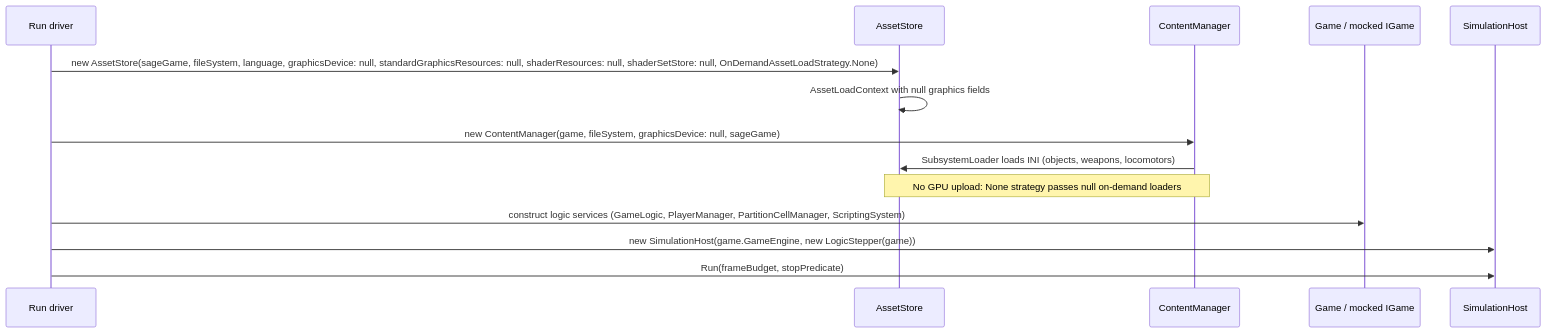
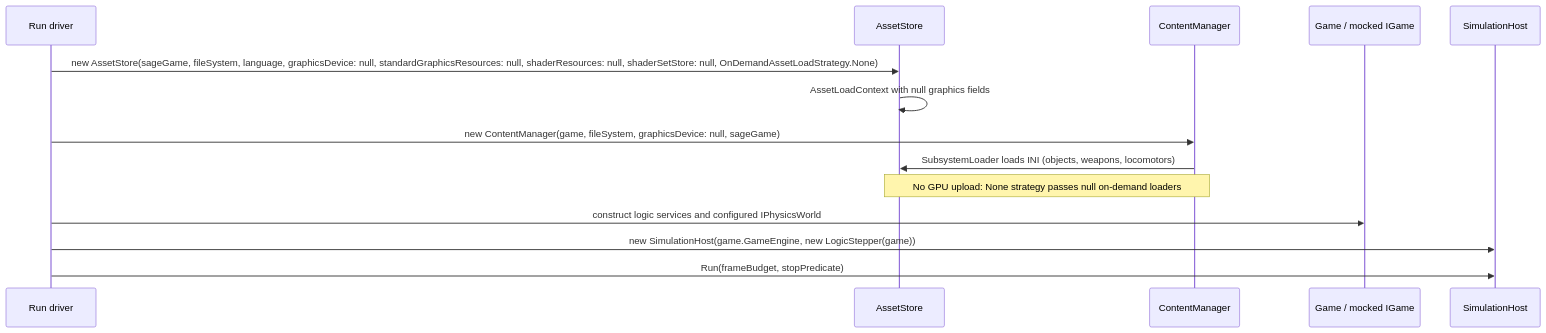
One commit to rmessinger/Panopticon changed the third of 3 diagrams in docs/roadmap/deep-dives/a1-headless-host.md. Above: the diagram before and after it, drawn with Mermaid. The commit also changed other lines of this file and 15 other files, not shown here.

First line of the commit message:
docs: expand Bepu object physics roadmap

````diff
--- a/docs/roadmap/deep-dives/a1-headless-host.md
+++ b/docs/roadmap/deep-dives/a1-headless-host.md
@@ -239,17 +243,17 @@
 ```mermaid
 sequenceDiagram
   participant Driver as Run driver
   participant Store as AssetStore
   participant CM as ContentManager
   participant Game as Game / mocked IGame
   participant Host as SimulationHost
 
   Driver->>Store: new AssetStore(sageGame, fileSystem, language, graphicsDevice: null, standardGraphicsResources: null, shaderResources: null, shaderSetStore: null, OnDemandAssetLoadStrategy.None)
   Store->>Store: AssetLoadContext with null graphics fields
   Driver->>CM: new ContentManager(game, fileSystem, graphicsDevice: null, sageGame)
   CM->>Store: SubsystemLoader loads INI (objects, weapons, locomotors)
   Note over CM,Store: No GPU upload: None strategy passes null on-demand loaders
-  Driver->>Game: construct logic services (GameLogic, PlayerManager, PartitionCellManager, ScriptingSystem)
+  Driver->>Game: construct logic services and configured IPhysicsWorld
   Driver->>Host: new SimulationHost(game.GameEngine, new LogicStepper(game))
   Driver->>Host: Run(frameBudget, stopPredicate)
 ```
````
